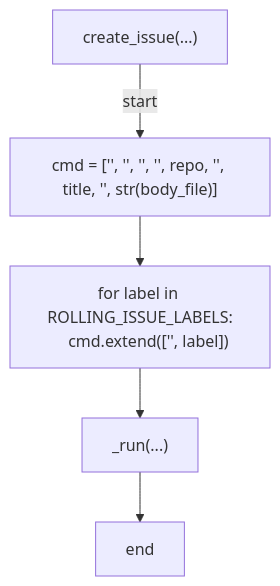
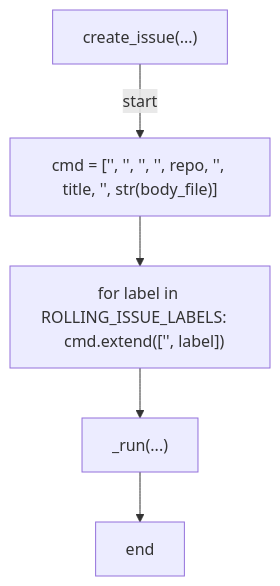
Before and after one commit to tvna/claude-md: diagram 11 of 25 in docs/generated/scripts/ast/branch_cleanup.md, drawn with Mermaid. The commit also changed other lines of this file and 20 other files, not shown here.

First line of the commit message:
docs(generated): regenerate decision tree and workflow diagrams (batch 1/5)

````diff
--- a/docs/generated/scripts/ast/branch_cleanup.md
+++ b/docs/generated/scripts/ast/branch_cleanup.md
@@ -158,13 +149,12 @@
 ```mermaid
 flowchart TD
     N001["create_issue(...)"]
     N002["cmd = ['<str>', '<str>', '<str>', '<str>', repo, '<str>', title, '<str>', str(body_file)]"]
-    N003["for label in ROLLING_ISSUE_LABELS:
-    cmd.extend(['<str>', label])"]
+    N003["for label in ROLLING_ISSUE_LABELS:     cmd.extend(['<str>', label])"]
     N004["_run(...)"]
     N005["end"]
     N001 -->|"start"| N002
     N002 --> N003
     N003 --> N004
     N004 --> N005
 ```
````
